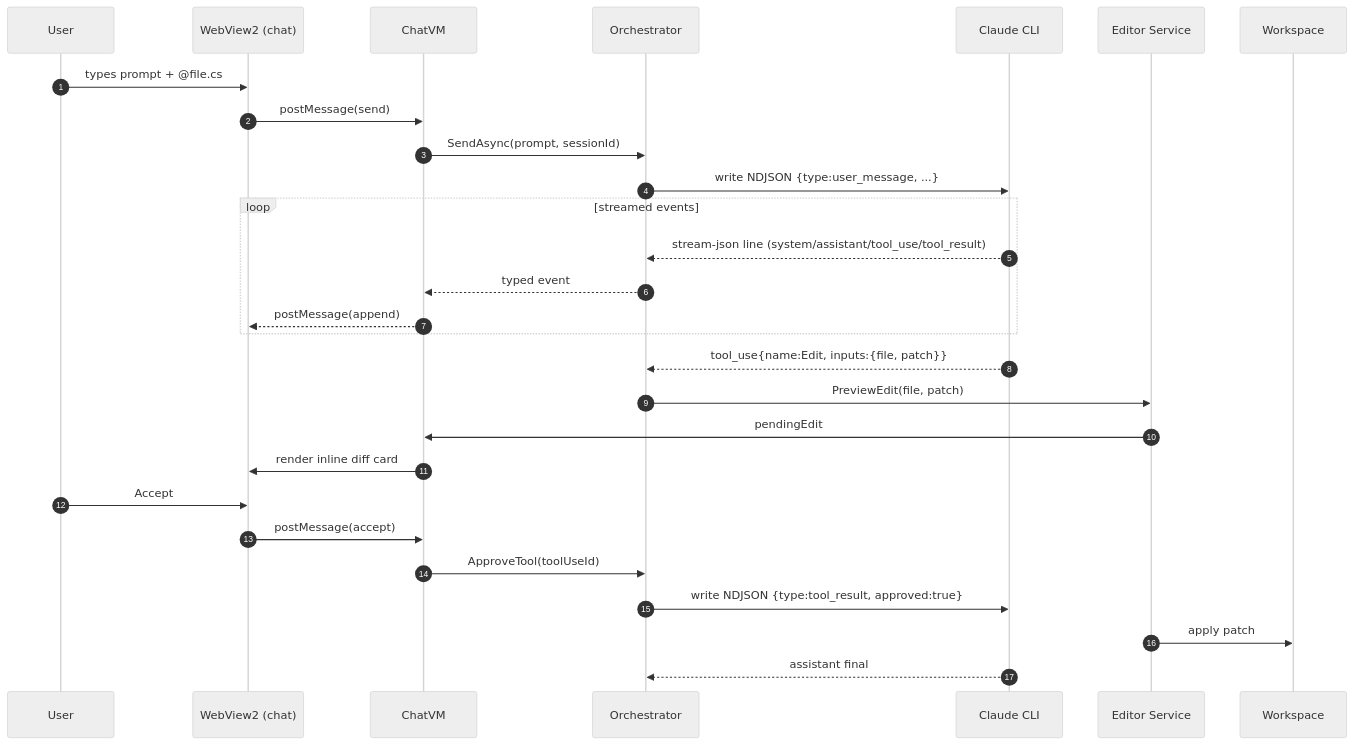
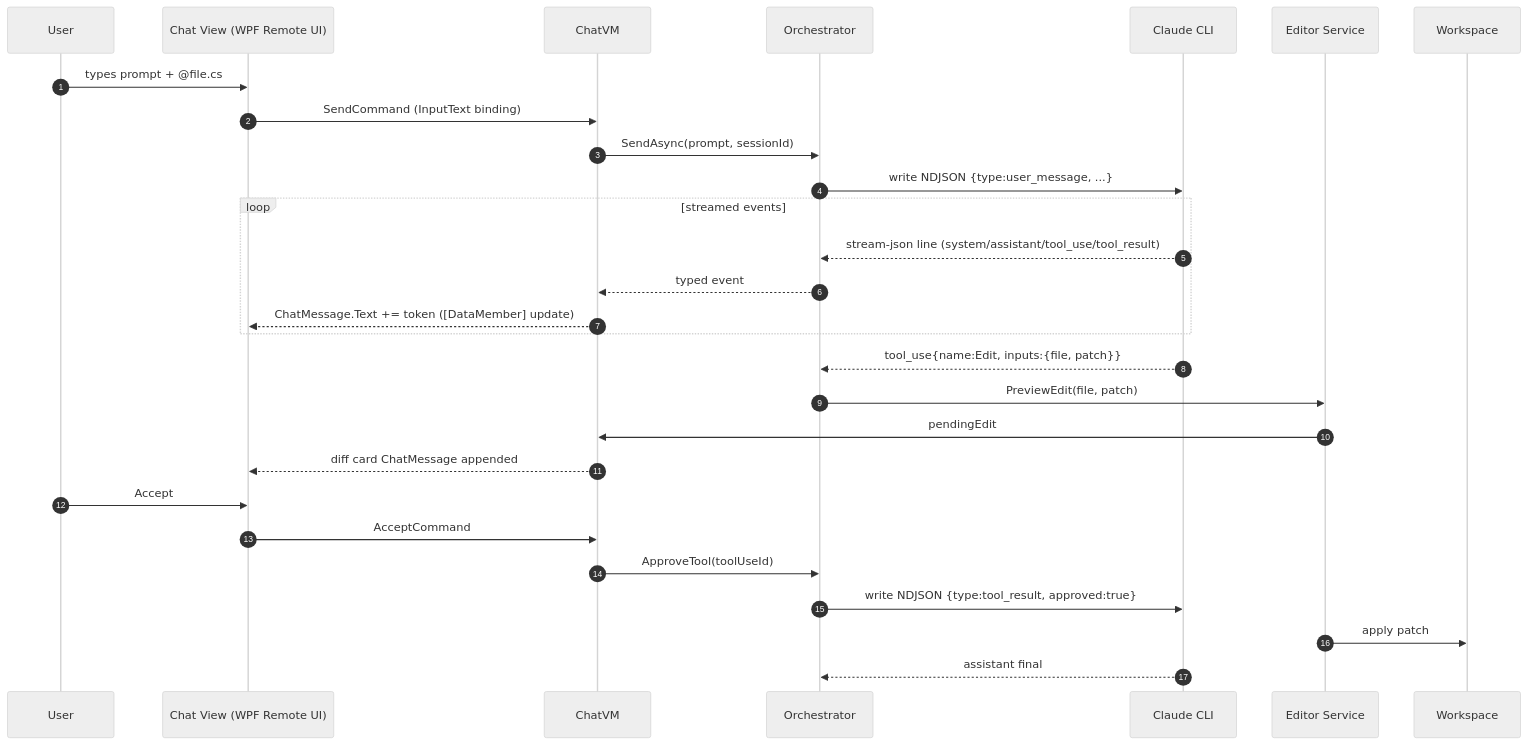
Before and after one commit to TomMarks/conduit-for-vs: the third of 3 diagrams in docs/PROJECT_PLAN.md, drawn with Mermaid (neutral theme). The commit also changed other lines of this file and 3 other files, not shown here.

First line of the commit message:
Update all docs to reflect WPF Remote UI chat approach

````diff
--- a/docs/PROJECT_PLAN.md
+++ b/docs/PROJECT_PLAN.md
@@ -204,31 +196,31 @@
 ```mermaid
 sequenceDiagram
     autonumber
     participant U as User
-    participant W as WebView2 (chat)
+    participant V as Chat View (WPF Remote UI)
     participant VM as ChatVM
     participant ORCH as Orchestrator
     participant CLI as Claude CLI
     participant ED as Editor Service
     participant FS as Workspace
 
-    U->>W: types prompt + @file.cs#10-30
-    W->>VM: postMessage(send)
+    U->>V: types prompt + @file.cs#10-30, presses Enter
+    V->>VM: SendCommand (InputText binding)
     VM->>ORCH: SendAsync(prompt, sessionId)
     ORCH->>CLI: write NDJSON {type:user_message, ...}
     loop streamed events
         CLI-->>ORCH: stream-json line (system/assistant/tool_use/tool_result)
         ORCH-->>VM: typed event
-        VM-->>W: postMessage(append)
+        VM-->>V: ChatMessage.Text += token ([DataMember] update)
     end
     CLI-->>ORCH: tool_use{name:Edit, inputs:{file, patch}}
     ORCH->>ED: PreviewEdit(file, patch)
     ED->>VM: pendingEdit
-    VM->>W: render inline diff card
-    U->>W: Accept
-    W->>VM: postMessage(accept)
+    VM-->>V: diff card ChatMessage appended
+    U->>V: Accept
+    V->>VM: AcceptCommand
     VM->>ORCH: ApproveTool(toolUseId)
     ORCH->>CLI: write NDJSON {type:tool_result, approved:true}
     ED->>FS: apply patch
     CLI-->>ORCH: assistant final
 ```
````
